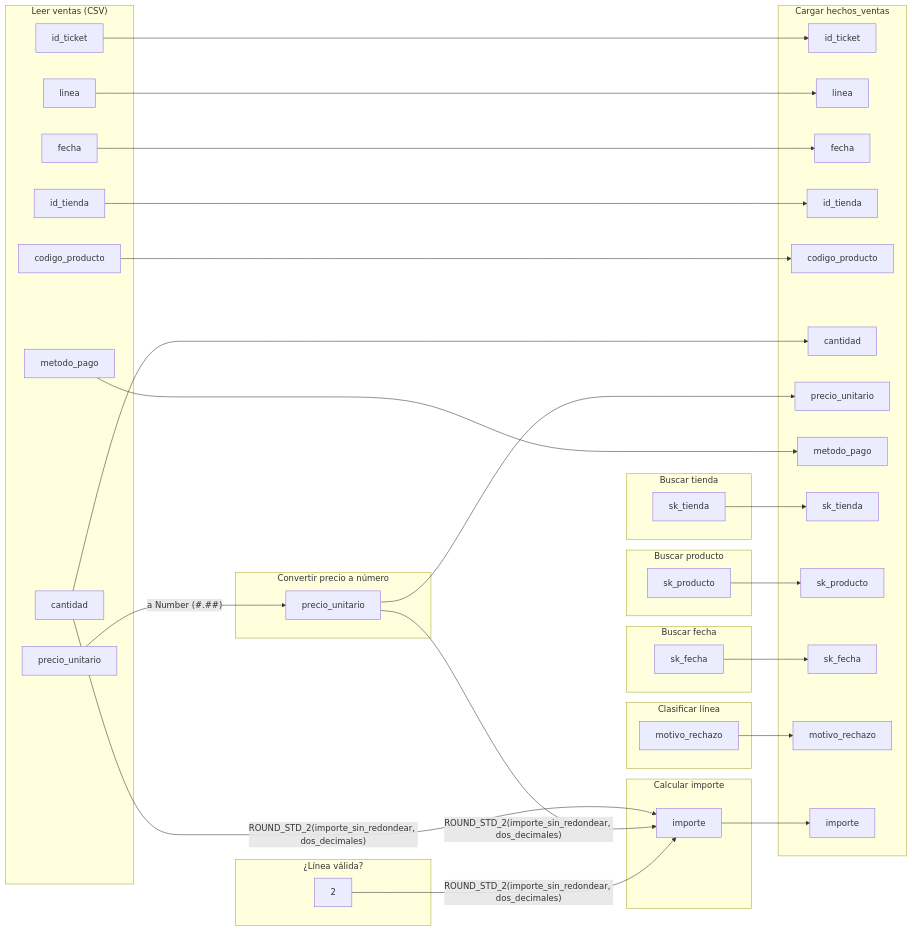
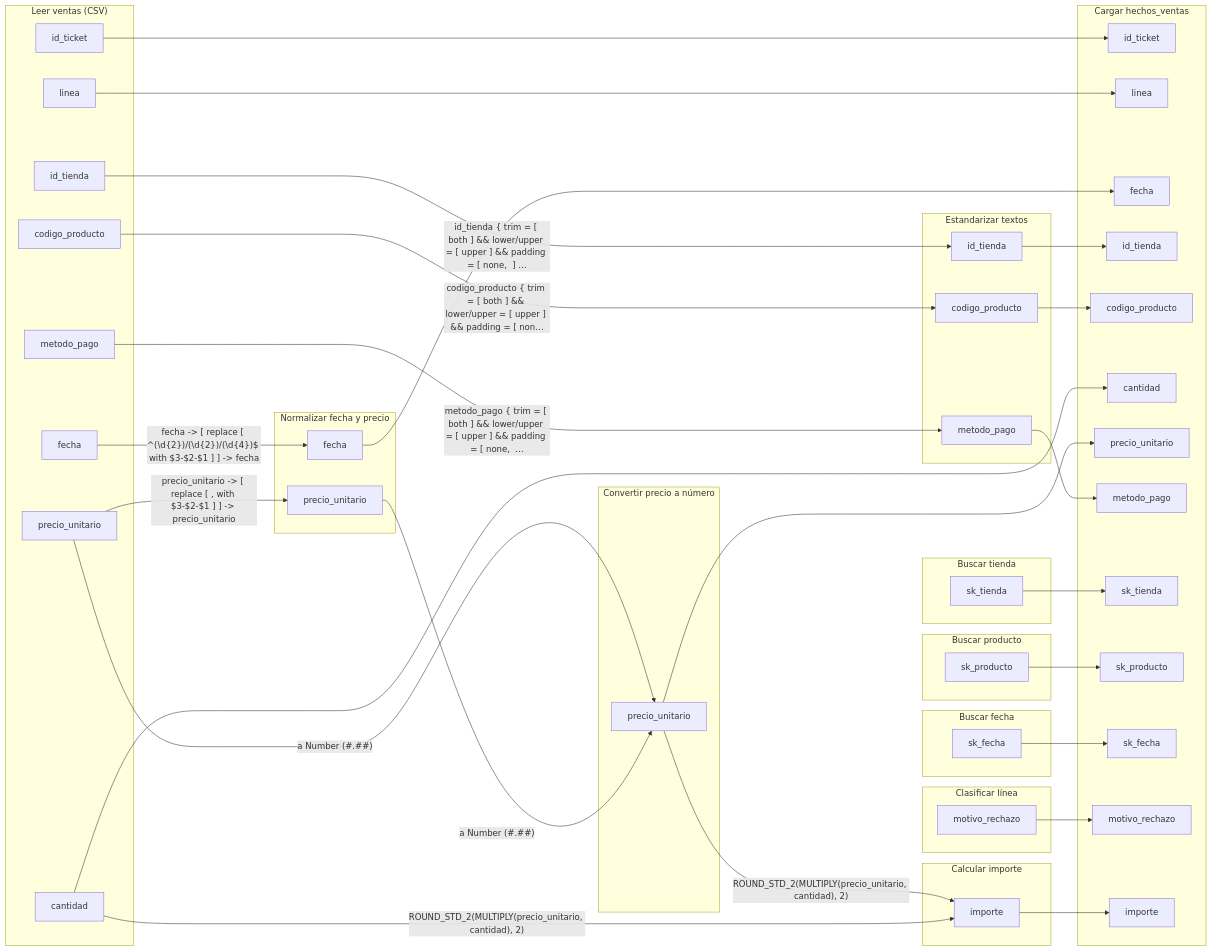
Before and after one commit to IvI2511/pentaho-mcp: the second of 4 diagrams in ejemplo/informes/04_hechos_ventas.md, drawn with Mermaid. The commit also changed other lines of this file and 30 other files, not shown here.

````diff
--- a/ejemplo/informes/04_hechos_ventas.md
+++ b/ejemplo/informes/04_hechos_ventas.md
@@ -126,66 +150,77 @@
 ```mermaid
 flowchart LR
   subgraph g0 ["Leer ventas (CSV)"]
     c0["id_ticket"]
     c2["linea"]
     c4["fecha"]
-    c6["id_tienda"]
-    c8["codigo_producto"]
-    c10["cantidad"]
-    c12["precio_unitario"]
-    c15["metodo_pago"]
+    c7["id_tienda"]
+    c10["codigo_producto"]
+    c13["cantidad"]
+    c15["precio_unitario"]
+    c19["metodo_pago"]
   end
-  subgraph g1 ["Convertir precio a número"]
-    c13["precio_unitario"]
+  subgraph g1 ["Estandarizar textos"]
+    c8["id_tienda"]
+    c11["codigo_producto"]
+    c20["metodo_pago"]
   end
-  subgraph g2 ["Buscar tienda"]
-    c17["sk_tienda"]
+  subgraph g2 ["Normalizar fecha y precio"]
+    c5["fecha"]
+    c16["precio_unitario"]
   end
-  subgraph g3 ["Buscar producto"]
-    c19["sk_producto"]
+  subgraph g3 ["Convertir precio a número"]
+    c17["precio_unitario"]
   end
-  subgraph g4 ["Buscar fecha"]
-    c21["sk_fecha"]
+  subgraph g4 ["Buscar tienda"]
+    c22["sk_tienda"]
   end
-  subgraph g5 ["Clasificar línea"]
-    c23["motivo_rechazo"]
+  subgraph g5 ["Buscar producto"]
+    c24["sk_producto"]
   end
-  subgraph g6 ["¿Línea válida?"]
-    c27["2"]
+  subgraph g6 ["Buscar fecha"]
+    c26["sk_fecha"]
   end
-  subgraph g7 ["Calcular importe"]
-    c25["importe"]
+  subgraph g7 ["Clasificar línea"]
+    c28["motivo_rechazo"]
   end
-  subgraph g8 ["Cargar hechos_ventas"]
+  subgraph g8 ["Calcular importe"]
+    c30["importe"]
+  end
+  subgraph g9 ["Cargar hechos_ventas"]
     c1["id_ticket"]
     c3["linea"]
-    c5["fecha"]
-    c7["id_tienda"]
-    c9["codigo_producto"]
-    c11["cantidad"]
-    c14["precio_unitario"]
-    c16["metodo_pago"]
-    c18["sk_tienda"]
-    c20["sk_producto"]
-    c22["sk_fecha"]
-    c24["motivo_rechazo"]
-    c26["importe"]
+    c6["fecha"]
+    c9["id_tienda"]
+    c12["codigo_producto"]
+    c14["cantidad"]
+    c18["precio_unitario"]
+    c21["metodo_pago"]
+    c23["sk_tienda"]
+    c25["sk_producto"]
+    c27["sk_fecha"]
+    c29["motivo_rechazo"]
+    c31["importe"]
   end
   c0 --> c1
   c2 --> c3
-  c4 --> c5
-  c6 --> c7
+  c4 -->|"fecha -#62; [ replace [ ^(\d{2})/(\d{2})/(\d{4})$ with $3-$2-$1 ] ] -#62; fecha"| c5
+  c5 --> c6
+  c7 -->|"id_tienda { trim = [ both ] #38;#38; lower/upper = [ upper ] #38;#38; padding = [ none,  ] …"| c8
   c8 --> c9
-  c10 --> c11
-  c12 -->|"a Number (#35;.#35;#35;)"| c13
+  c10 -->|"codigo_producto { trim = [ both ] #38;#38; lower/upper = [ upper ] #38;#38; padding = [ non…"| c11
+  c11 --> c12
   c13 --> c14
-  c15 --> c16
+  c15 -->|"precio_unitario -#62; [ replace [ , with $3-$2-$1 ] ] -#62; precio_unitario"| c16
+  c16 -->|"a Number (#35;.#35;#35;)"| c17
   c17 --> c18
-  c19 --> c20
-  c21 --> c22
-  c23 --> c24
-  c10 -->|"ROUND_STD_2(importe_sin_redondear, dos_decimales)"| c25
-  c25 --> c26
-  c13 -->|"ROUND_STD_2(importe_sin_redondear, dos_decimales)"| c25
-  c27 -->|"ROUND_STD_2(importe_sin_redondear, dos_decimales)"| c25
+  c19 -->|"metodo_pago { trim = [ both ] #38;#38; lower/upper = [ upper ] #38;#38; padding = [ none,  …"| c20
+  c20 --> c21
+  c22 --> c23
+  c24 --> c25
+  c26 --> c27
+  c28 --> c29
+  c13 -->|"ROUND_STD_2(MULTIPLY(precio_unitario, cantidad), 2)"| c30
+  c30 --> c31
+  c15 -->|"a Number (#35;.#35;#35;)"| c17
+  c17 -->|"ROUND_STD_2(MULTIPLY(precio_unitario, cantidad), 2)"| c30
 ```
````
